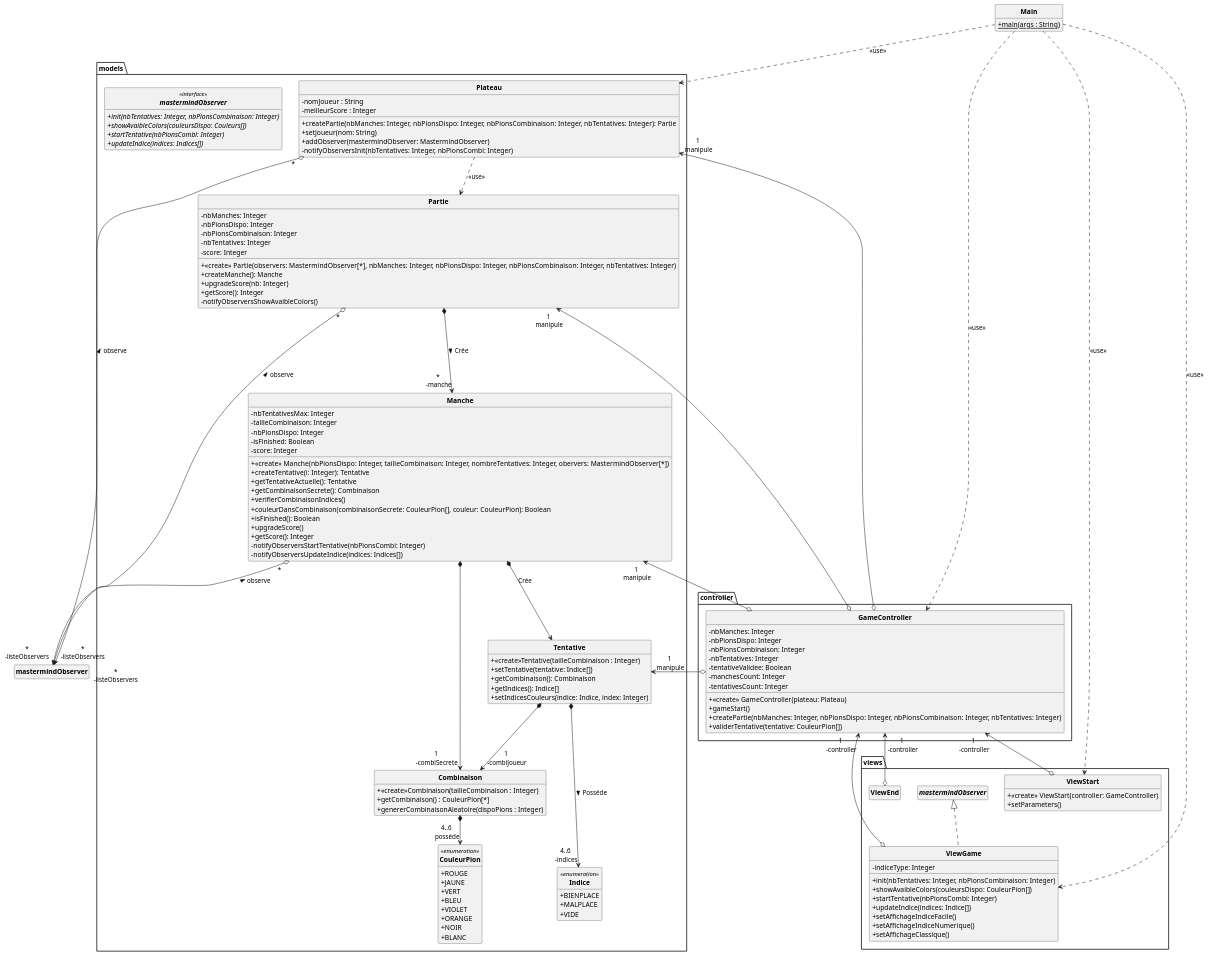
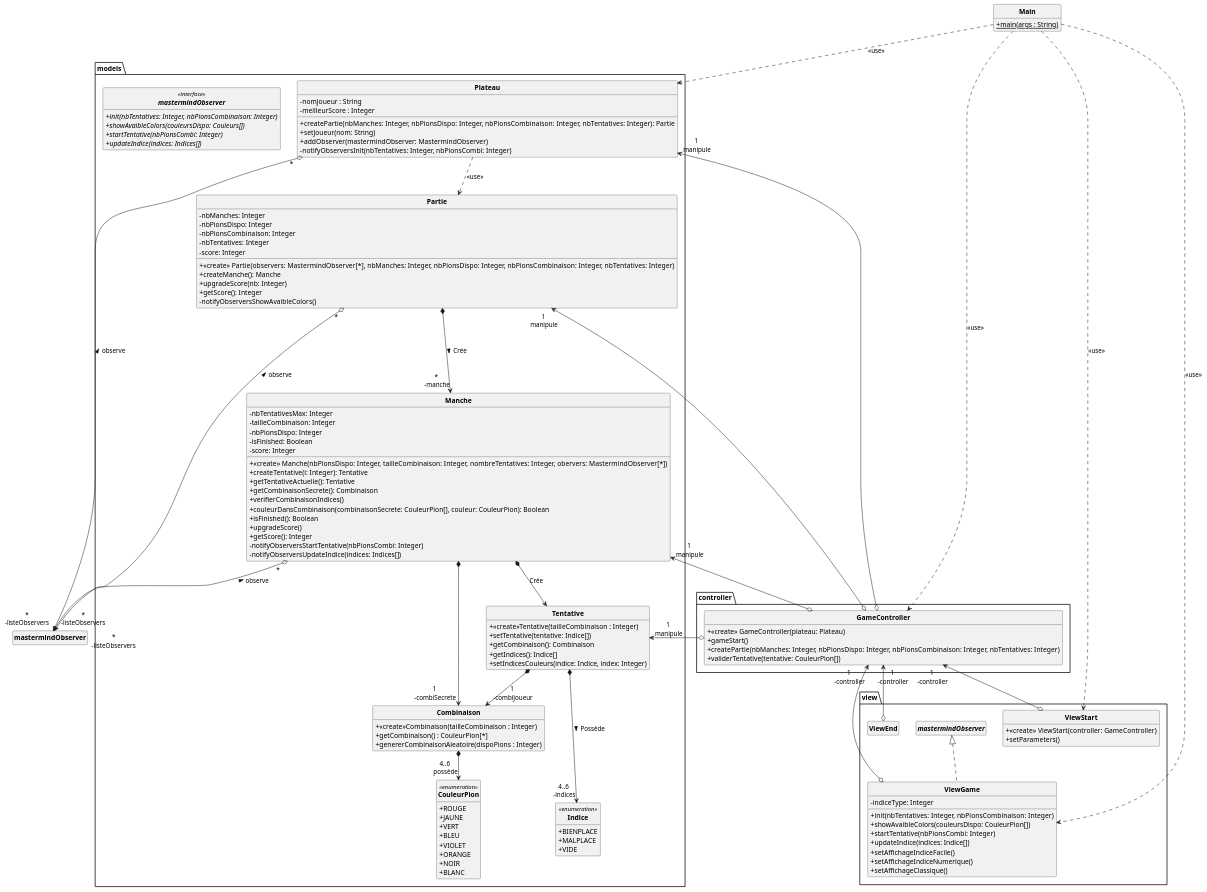
Before and after one commit to eliottlebot/mastermind: the diagram in ProjetMastermind/UML/Mastermind.puml, drawn with PlantUML. The commit also changed 18 other files, not shown here.

```diff
--- a/ProjetMastermind/UML/Mastermind.puml
+++ b/ProjetMastermind/UML/Mastermind.puml
@@ -1,187 +1,180 @@
 @startuml
 'https://plantuml.com/class-diagram
 skinparam classAttributeIconSize 0
 skinparam classFontStyle Bold
 skinparam style strictuml
 hide empty members
 
 class Main{
     +main(args : String){static}
 }
 
 package models
 {
     class Plateau
     {
         -nomJoueur : String
         -meilleurScore : Integer
         +createPartie(nbManches: Integer, nbPionsDispo: Integer, nbPionsCombinaison: Integer, nbTentatives: Integer): Partie
         +setJoueur(nom: String)
         +addObserver(mastermindObserver: MastermindObserver)
         -notifyObserversInit(nbTentatives: Integer, nbPionsCombi: Integer)
     }
 
 
     class Partie
     {
         - nbManches: Integer
         - nbPionsDispo: Integer
         - nbPionsCombinaison: Integer
         - nbTentatives: Integer
         - score: Integer
         + <<create>> Partie(observers: MastermindObserver[*], nbManches: Integer, nbPionsDispo: Integer, nbPionsCombinaison: Integer, nbTentatives: Integer)
         + createManche(): Manche
         + upgradeScore(nb: Integer)
         + getScore(): Integer
         - notifyObserversShowAvaibleColors()
     }
 
 
     class Manche
     {
         - nbTentativesMax: Integer
         - tailleCombinaison: Integer
         - nbPionsDispo: Integer
         - isFinished: Boolean
         - score: Integer
 
         + <<create>> Manche(nbPionsDispo: Integer, tailleCombinaison: Integer, nombreTentatives: Integer, obervers: MastermindObserver[*])
         + createTentative(i: Integer): Tentative
         + getTentativeActuelle(): Tentative
         + getCombinaisonSecrete(): Combinaison
         + verifierCombinaisonIndices()
         + couleurDansCombinaison(combinaisonSecrete: CouleurPion[], couleur: CouleurPion): Boolean
         + isFinished(): Boolean
         + upgradeScore()
         + getScore(): Integer
         - notifyObserversStartTentative(nbPionsCombi: Integer)
         - notifyObserversUpdateIndice(indices: Indices[])
     }
 
     class Tentative
     {
         +<<create>>Tentative(tailleCombinaison : Integer)
         + setTentative(tentative: Indice[])
         + getCombinaison(): Combinaison
         + getIndices(): Indice[]
         + setIndicesCouleurs(indice: Indice, index: Integer)
     }
 
     class Combinaison
     {
         +<<create>>Combinaison(tailleCombinaison : Integer)
         +getCombinaison() : CouleurPion[*]
         +genererCombinaisonAleatoire(dispoPions : Integer)
     }
 
 
     interface mastermindObserver <<interface>>
     {
         {abstract} + init(nbTentatives: Integer, nbPionsCombinaison: Integer)
         {abstract} + showAvaibleColors(couleursDispo: Couleurs[])
         {abstract} + startTentative(nbPionsCombi: Integer)
         {abstract} + updateIndice(indices: Indices[])
     }
 
     enum CouleurPion <<enumeration>>
     {
         +ROUGE
         +JAUNE
         +VERT
         +BLEU
         +VIOLET
         +ORANGE
         +NOIR
         +BLANC
     }
 
     enum Indice <<enumeration>>{
         +BIENPLACE
         +MALPLACE
         +VIDE
     }
 
 }
 
 
 
-package views
+package view
 {
     class ViewStart
     {
         + <<create>> ViewStart(controller: GameController)
         + setParameters()
     }
 
 
     class ViewGame implements mastermindObserver
     {
         - indiceType: Integer
         + init(nbTentatives: Integer, nbPionsCombinaison: Integer)
         + showAvaibleColors(couleursDispo: CouleurPion[])
         + startTentative(nbPionsCombi: Integer)
         + updateIndice(indices: Indice[])
         +setAffichageIndiceFacile()
         +setAffichageIndiceNumerique()
         +setAffichageClassique()
     }
 
 
     class ViewEnd
     {
 
     }
 }
 
 
 package controller
 {
     class GameController
     {
-        - nbManches: Integer
-        - nbPionsDispo: Integer
-        - nbPionsCombinaison: Integer
-        - nbTentatives: Integer
-        - tentativeValidee: Boolean
-        - manchesCount: Integer
-        - tentativesCount: Integer
         + <<create>> GameController(plateau: Plateau)
         + gameStart()
         + createPartie(nbManches: Integer, nbPionsDispo: Integer, nbPionsCombinaison: Integer, nbTentatives: Integer)
         + validerTentative(tentative: CouleurPion[])
     }
 }
 
 
 Plateau ..>Partie : <<use>>
 Plateau "*" o--> "*\n-listeObservers" mastermindObserver: observe <
 Partie *---> "*\n -manche" Manche : Crée >
 
 Partie "*" o--> "*\n-listeObservers" mastermindObserver: observe <
 Manche "*" o--> "*\n-listeObservers" mastermindObserver: observe <
 Manche *--> Tentative : Crée
 
 Tentative *--->"4..6 \n-indices" Indice : Possède >
 
 
 ViewGame o-up-> "1\n -controller" GameController
 ViewEnd o-up-> "1\n -controller" GameController
 ViewStart o-up-> "1\n -controller" GameController
 
 
 GameController o-left-> "1\n manipule" Partie
 GameController o-left-> "1\n manipule" Plateau
 GameController o-left-> "1\n manipule" Manche
 GameController o-left-> "1\n manipule" Tentative
 
 Main ..> Plateau : <<use>>
 Main ..> GameController : <<use>>
 Main ..> ViewGame : <<use>>
 Main ..> ViewStart : <<use>>
 
 Manche *--> "1\n -combiSecrete" Combinaison
 Tentative *--> "1\n -combiJoueur" Combinaison
 Combinaison *--> "4..6\n possède" CouleurPion
 
 
 @enduml
```
